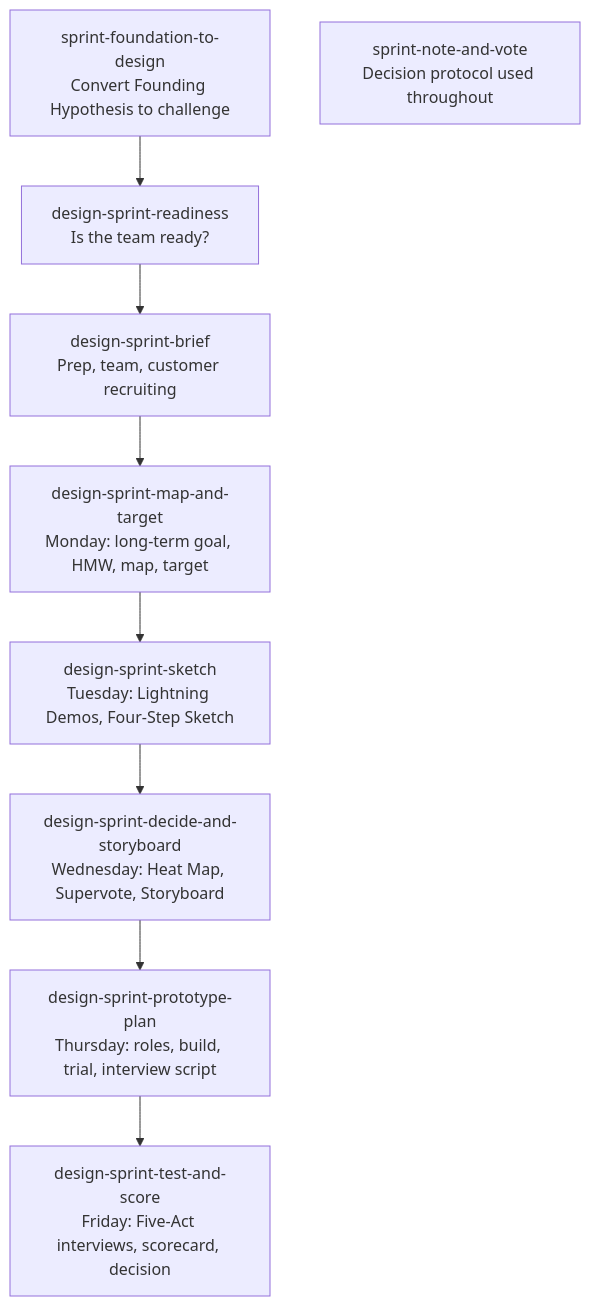
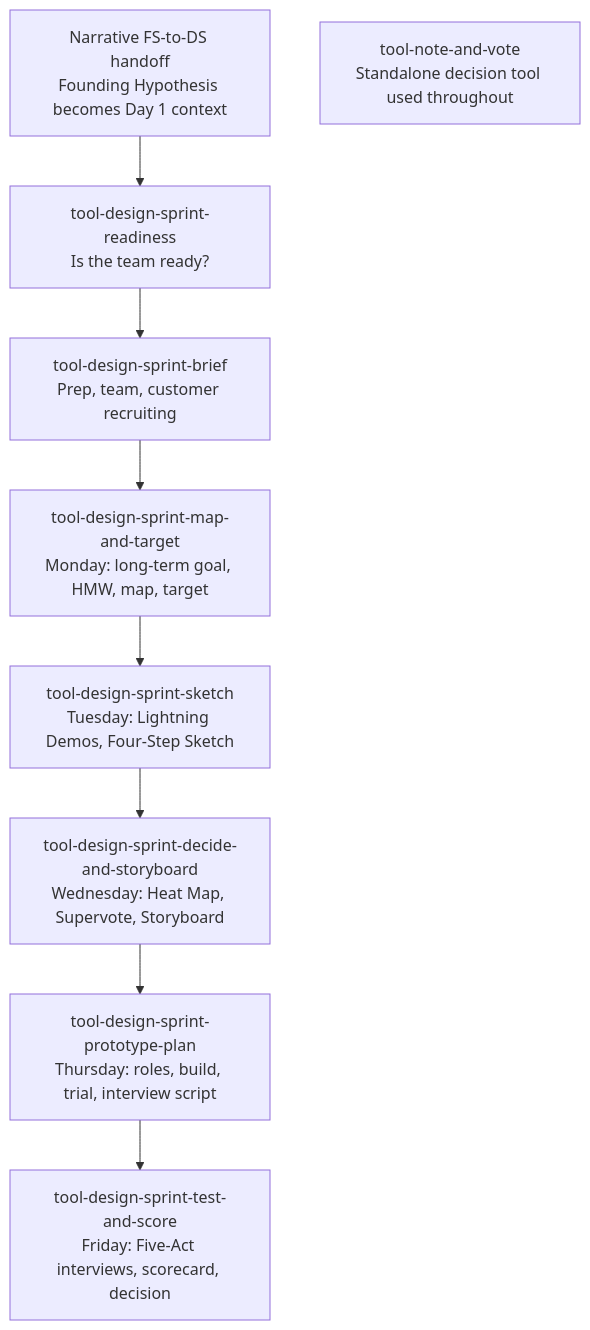
The ninth of 9 diagrams in docs/concepts/design-sprint.md (product-on-purpose/pm-skills), drawn with Mermaid before and after one commit. The commit also changed other lines of this file and 8 other files, not shown here.

````diff
--- a/docs/concepts/design-sprint.md
+++ b/docs/concepts/design-sprint.md
@@ -313,11 +313,11 @@
 ```mermaid
 flowchart TD
-    Bridge[sprint-foundation-to-design<br/>Convert Founding Hypothesis to challenge] --> Readiness[design-sprint-readiness<br/>Is the team ready?]
-    Readiness --> Brief[design-sprint-brief<br/>Prep, team, customer recruiting]
-    Brief --> MapTarget[design-sprint-map-and-target<br/>Monday: long-term goal, HMW, map, target]
-    MapTarget --> Sketch[design-sprint-sketch<br/>Tuesday: Lightning Demos, Four-Step Sketch]
-    Sketch --> Decide[design-sprint-decide-and-storyboard<br/>Wednesday: Heat Map, Supervote, Storyboard]
-    Decide --> Prototype[design-sprint-prototype-plan<br/>Thursday: roles, build, trial, interview script]
-    Prototype --> Test[design-sprint-test-and-score<br/>Friday: Five-Act interviews, scorecard, decision]
-    NoteVote[sprint-note-and-vote<br/>Decision protocol used throughout]
+    Handoff[Narrative FS-to-DS handoff<br/>Founding Hypothesis becomes Day 1 context] --> Readiness[tool-design-sprint-readiness<br/>Is the team ready?]
+    Readiness --> Brief[tool-design-sprint-brief<br/>Prep, team, customer recruiting]
+    Brief --> MapTarget[tool-design-sprint-map-and-target<br/>Monday: long-term goal, HMW, map, target]
+    MapTarget --> Sketch[tool-design-sprint-sketch<br/>Tuesday: Lightning Demos, Four-Step Sketch]
+    Sketch --> Decide[tool-design-sprint-decide-and-storyboard<br/>Wednesday: Heat Map, Supervote, Storyboard]
+    Decide --> Prototype[tool-design-sprint-prototype-plan<br/>Thursday: roles, build, trial, interview script]
+    Prototype --> Test[tool-design-sprint-test-and-score<br/>Friday: Five-Act interviews, scorecard, decision]
+    NoteVote[tool-note-and-vote<br/>Standalone decision tool used throughout]
 ```
````
